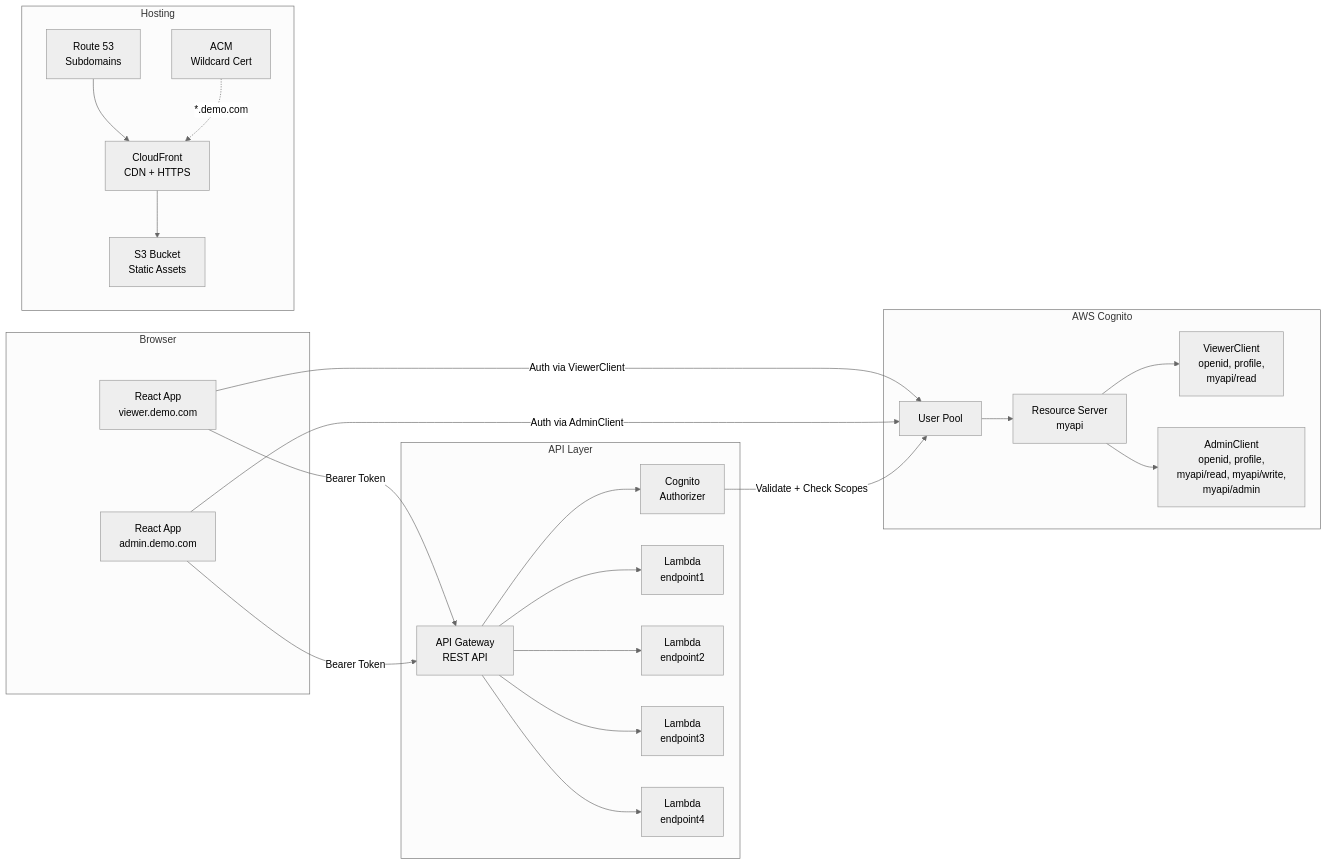
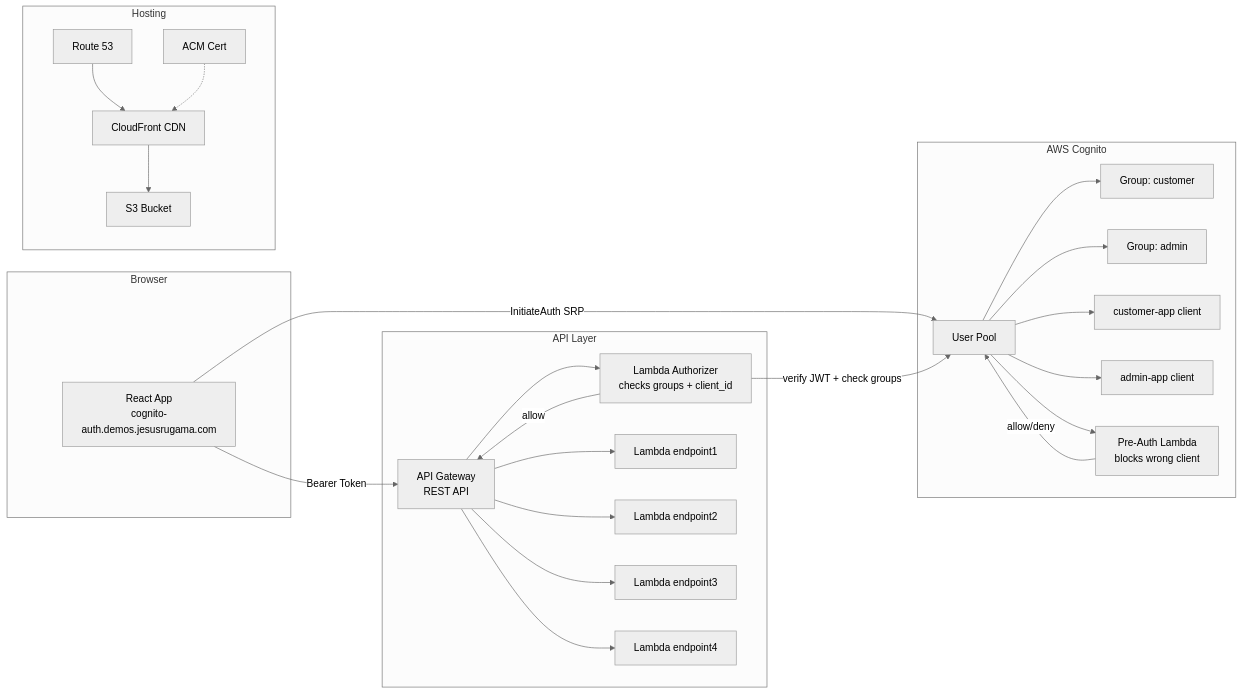
Before and after one commit to JesusRugama/cognito-auth-demo: the first of 2 diagrams in docs/Architecture.md, drawn with Mermaid (neutral theme). The commit also changed other lines of this file and 12 other files, not shown here.

````diff
--- a/docs/Architecture.md
+++ b/docs/Architecture.md
@@ -11,49 +11,52 @@
 ```mermaid
 flowchart LR
     subgraph Browser
-        A[React App<br/>viewer.demo.com]
-        B[React App<br/>admin.demo.com]
+        A[React App<br/>cognito-auth.demos.jesusrugama.com]
     end
 
     subgraph AWS Cognito
         UP[User Pool]
-        RS[Resource Server<br/>myapi]
-        VC[ViewerClient<br/>openid, profile,<br/>myapi/read]
-        AC[AdminClient<br/>openid, profile,<br/>myapi/read, myapi/write,<br/>myapi/admin]
+        GC[Group: customer]
+        GA[Group: admin]
+        CC[customer-app client]
+        AC[admin-app client]
+        PA[Pre-Auth Lambda<br/>blocks wrong client]
     end
 
     subgraph API Layer
         APIGW[API Gateway<br/>REST API]
-        AUTH[Cognito<br/>Authorizer]
-        L1[Lambda<br/>endpoint1]
-        L2[Lambda<br/>endpoint2]
-        L3[Lambda<br/>endpoint3]
-        L4[Lambda<br/>endpoint4]
+        AUTH[Lambda Authorizer<br/>checks groups + client_id]
+        L1[Lambda endpoint1]
+        L2[Lambda endpoint2]
+        L3[Lambda endpoint3]
+        L4[Lambda endpoint4]
     end
 
     subgraph Hosting
-        S3[S3 Bucket<br/>Static Assets]
-        CF[CloudFront<br/>CDN + HTTPS]
-        R53[Route 53<br/>Subdomains]
-        ACM[ACM<br/>Wildcard Cert]
+        S3[S3 Bucket]
+        CF[CloudFront CDN]
+        R53[Route 53]
+        ACM[ACM Cert]
     end
 
-    A -->|Auth via ViewerClient| UP
-    B -->|Auth via AdminClient| UP
-    UP --> RS
-    RS --> VC
-    RS --> AC
+    A -->|InitiateAuth SRP| UP
+    UP --> PA
+    PA -->|allow/deny| UP
+    UP --> GC
+    UP --> GA
+    UP --> CC
+    UP --> AC
 
     A -->|Bearer Token| APIGW
-    B -->|Bearer Token| APIGW
     APIGW --> AUTH
-    AUTH -->|Validate + Check Scopes| UP
+    AUTH -->|verify JWT + check groups| UP
+    AUTH -->|allow| APIGW
     APIGW --> L1
     APIGW --> L2
     APIGW --> L3
     APIGW --> L4
 
     R53 --> CF
     CF --> S3
-    ACM -.->|*.demo.com| CF
+    ACM -.-> CF
 ```
````
